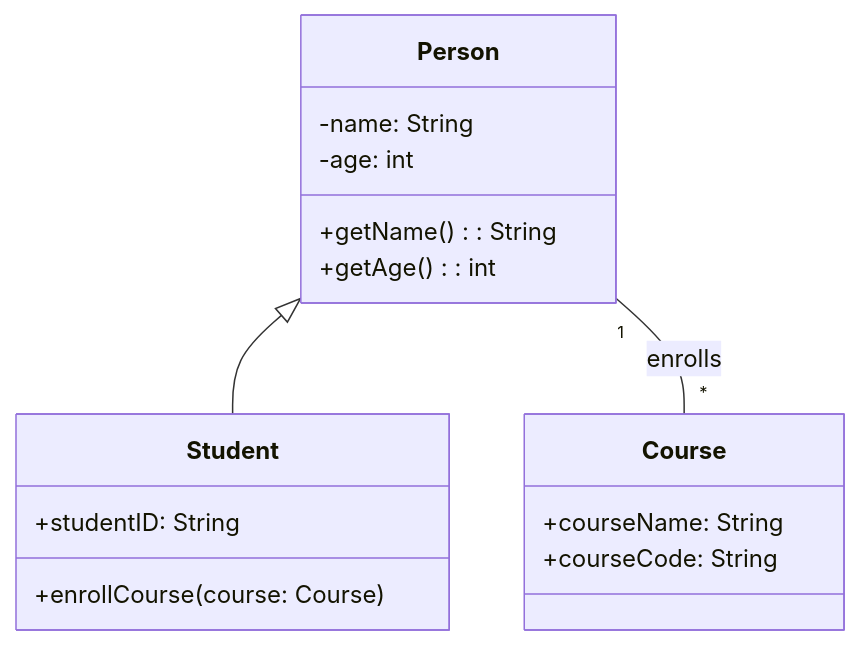
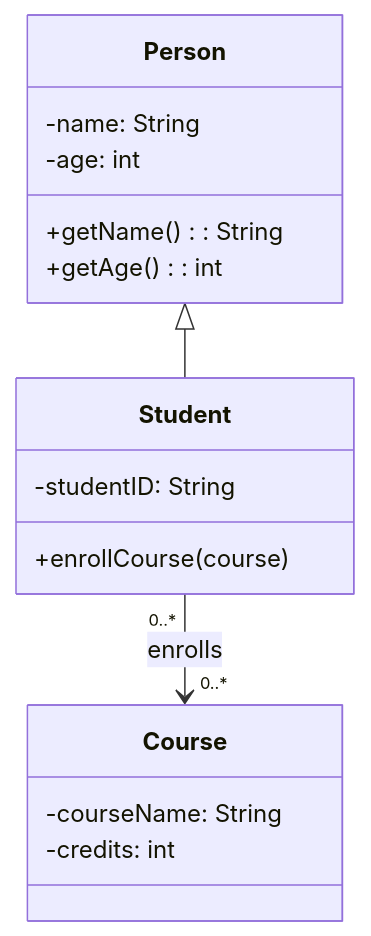
Before and after one commit to nlhsueh/teach_sw_fw: diagram 17 of 33 in Part2_Model/ch04_static.md, drawn with Mermaid. The commit also changed other lines of this file, not shown here.

Commit message:
ch04: 更新 4.4 UML 工具比較、綜合練習加入 Mermaid 解答

````diff
--- a/Part2_Model/ch04_static.md
+++ b/Part2_Model/ch04_static.md
@@ -955,19 +967,19 @@
 ```mermaid
 classDiagram
     class Person {
         -name: String
         -age: int
         +getName(): String
         +getAge(): int
     }
     class Student {
-        +studentID: String
-        +enrollCourse(course: Course)
+        -studentID: String
+        +enrollCourse(course)
+    }
+    class Course {
+        -courseName: String
+        -credits: int
     }
     Person <|-- Student
-    class Course {
-        +courseName: String
-        +courseCode: String
-    }
-    Person "1" -- "*" Course: enrolls
+    Student "0..*" --> "0..*" Course : enrolls
 ```
````
